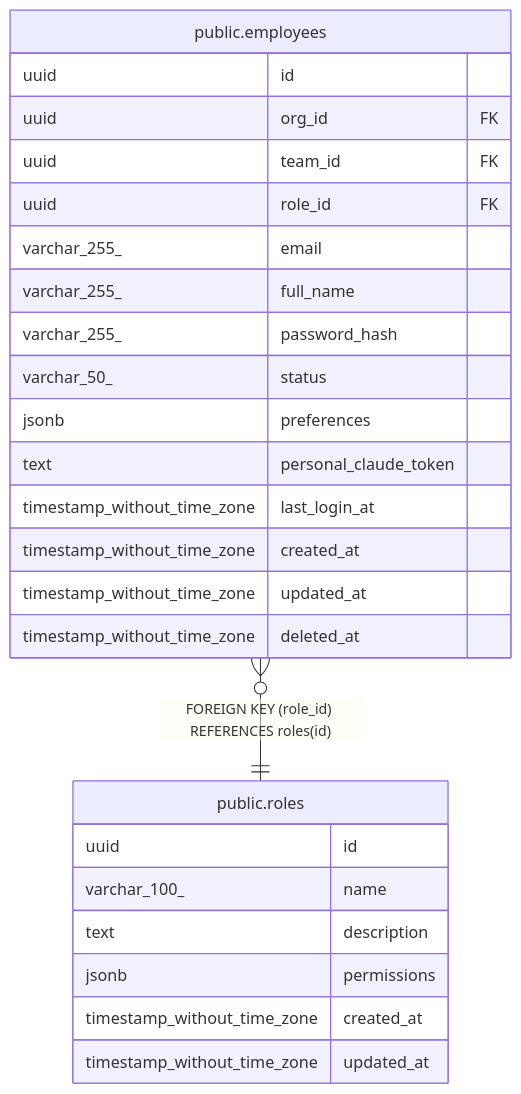
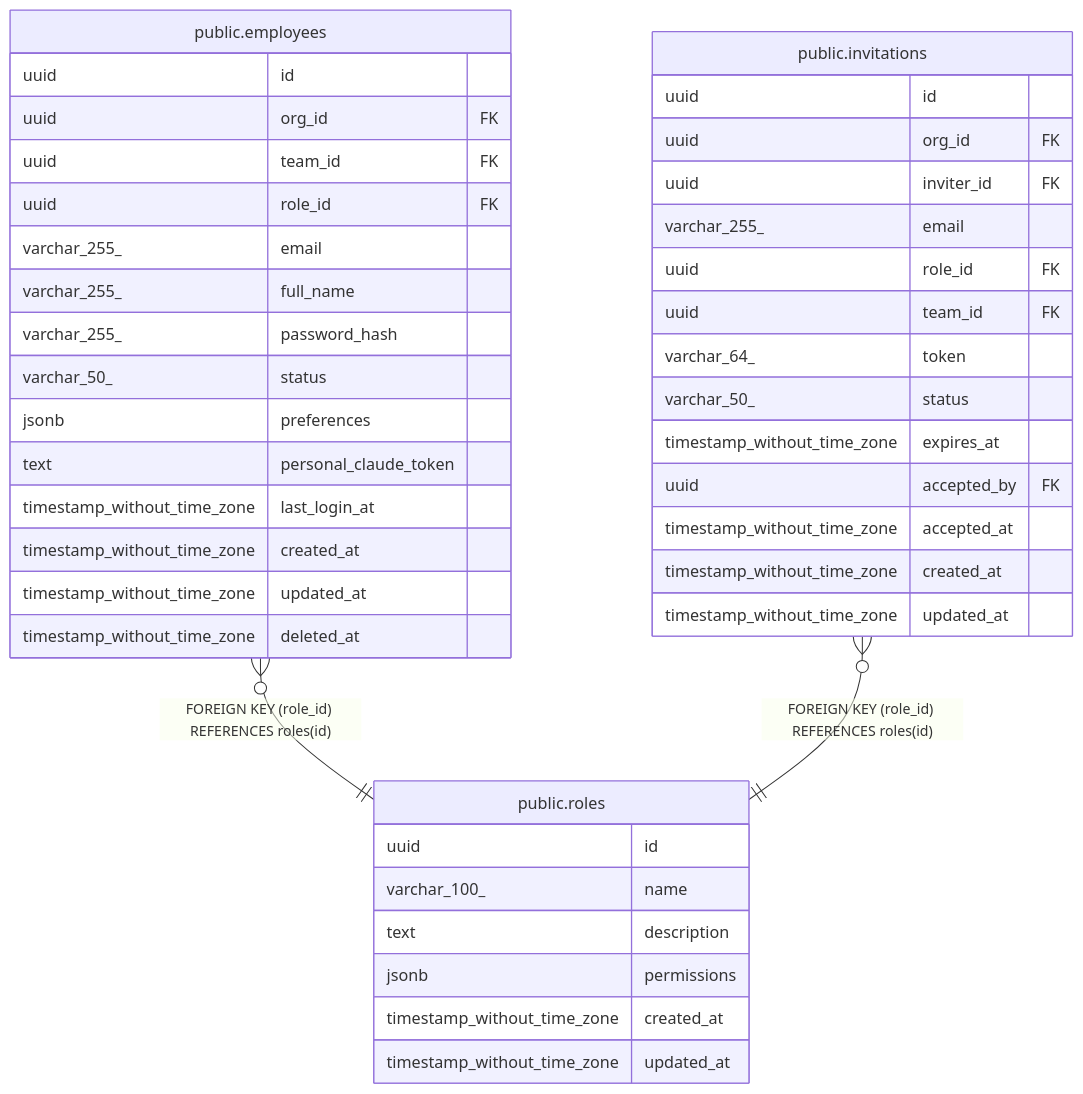
Before and after one commit to rastrigin-systems/arfa: the diagram in docs/public.roles.md, drawn with Mermaid. The commit also changed other lines of this file and 21 other files, not shown here.

````diff
--- a/docs/public.roles.md
+++ b/docs/public.roles.md
@@ -38,30 +38,46 @@
 ```mermaid
 erDiagram
 
 "public.employees" }o--|| "public.roles" : "FOREIGN KEY (role_id) REFERENCES roles(id)"
+"public.invitations" }o--|| "public.roles" : "FOREIGN KEY (role_id) REFERENCES roles(id)"
 
 "public.roles" {
   uuid id
   varchar_100_ name
   text description
   jsonb permissions
   timestamp_without_time_zone created_at
   timestamp_without_time_zone updated_at
 }
 "public.employees" {
   uuid id
   uuid org_id FK
   uuid team_id FK
   uuid role_id FK
   varchar_255_ email
   varchar_255_ full_name
   varchar_255_ password_hash
   varchar_50_ status
   jsonb preferences
   text personal_claude_token
   timestamp_without_time_zone last_login_at
   timestamp_without_time_zone created_at
   timestamp_without_time_zone updated_at
   timestamp_without_time_zone deleted_at
 }
+"public.invitations" {
+  uuid id
+  uuid org_id FK
+  uuid inviter_id FK
+  varchar_255_ email
+  uuid role_id FK
+  uuid team_id FK
+  varchar_64_ token
+  varchar_50_ status
+  timestamp_without_time_zone expires_at
+  uuid accepted_by FK
+  timestamp_without_time_zone accepted_at
+  timestamp_without_time_zone created_at
+  timestamp_without_time_zone updated_at
+}
 ```
````
